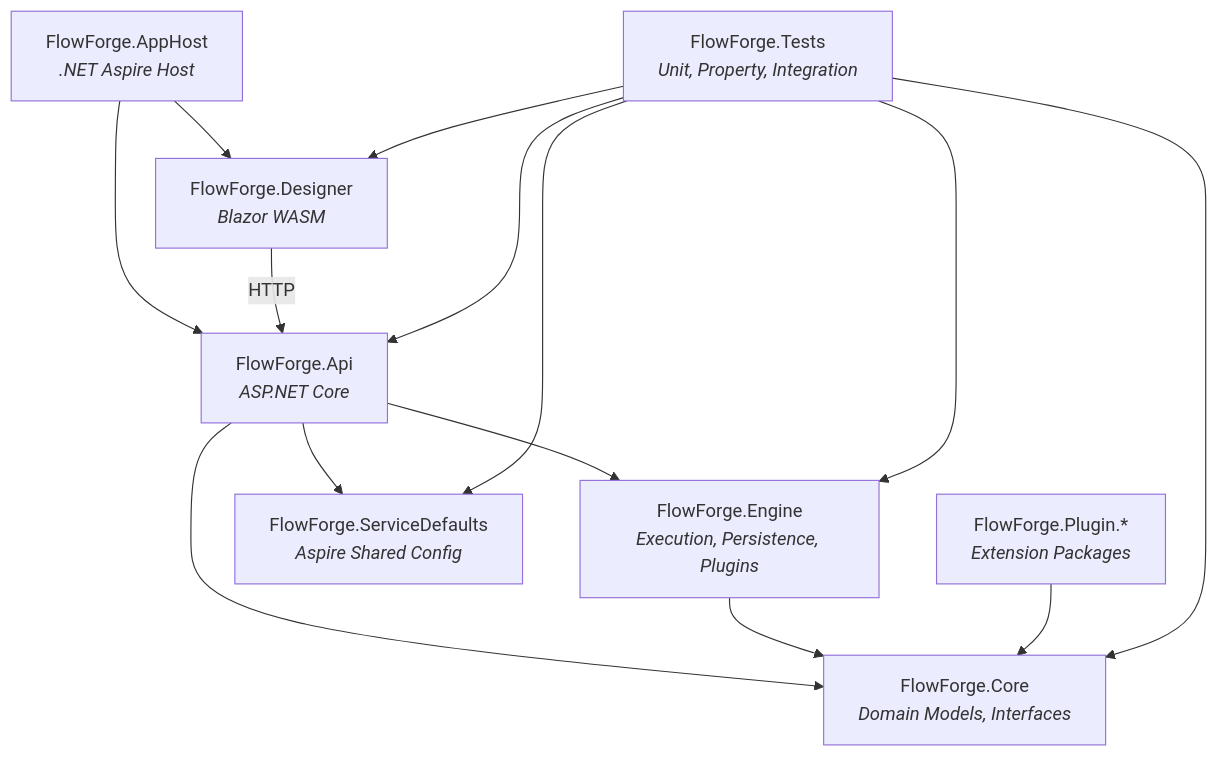
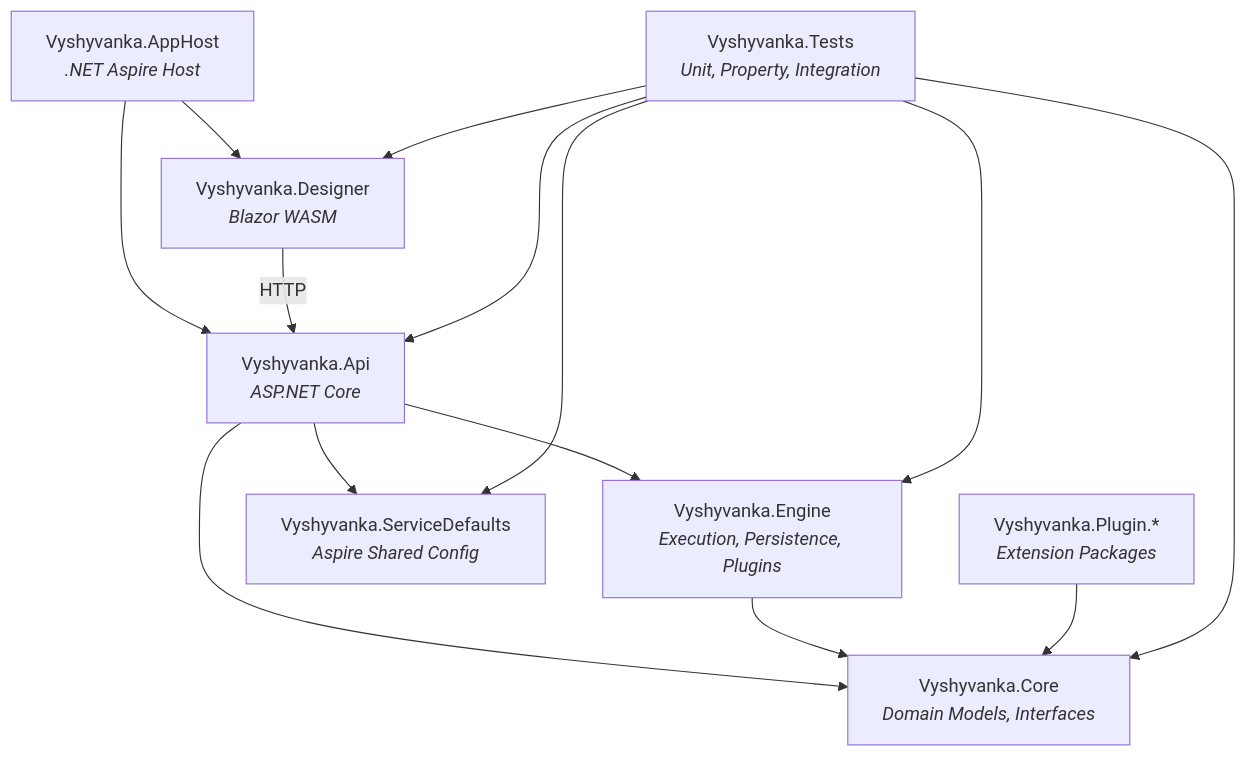
Before and after one commit to homolibere/Vyshyvanka: the first of 3 diagrams in docs/02-architecture.md, drawn with Mermaid. The commit also changed 825 other files, not shown here.

Commit message:
chore: rebrand FlowForge to Vyshyvanka across codebase

````diff
--- a/docs/02-architecture.md
+++ b/docs/02-architecture.md
@@ -21,25 +21,25 @@
 ```mermaid
 graph TD
-    AppHost["FlowForge.AppHost<br/><i>.NET Aspire Host</i>"]
-    Designer["FlowForge.Designer<br/><i>Blazor WASM</i>"]
-    Api["FlowForge.Api<br/><i>ASP.NET Core</i>"]
-    Engine["FlowForge.Engine<br/><i>Execution, Persistence, Plugins</i>"]
-    Core["FlowForge.Core<br/><i>Domain Models, Interfaces</i>"]
-    ServiceDefaults["FlowForge.ServiceDefaults<br/><i>Aspire Shared Config</i>"]
-    Plugin["FlowForge.Plugin.*<br/><i>Extension Packages</i>"]
-    Tests["FlowForge.Tests<br/><i>Unit, Property, Integration</i>"]
+    AppHost["Vyshyvanka.AppHost<br/><i>.NET Aspire Host</i>"]
+    Designer["Vyshyvanka.Designer<br/><i>Blazor WASM</i>"]
+    Api["Vyshyvanka.Api<br/><i>ASP.NET Core</i>"]
+    Engine["Vyshyvanka.Engine<br/><i>Execution, Persistence, Plugins</i>"]
+    Core["Vyshyvanka.Core<br/><i>Domain Models, Interfaces</i>"]
+    ServiceDefaults["Vyshyvanka.ServiceDefaults<br/><i>Aspire Shared Config</i>"]
+    Plugin["Vyshyvanka.Plugin.*<br/><i>Extension Packages</i>"]
+    Tests["Vyshyvanka.Tests<br/><i>Unit, Property, Integration</i>"]
 
     AppHost --> Api
     AppHost --> Designer
     Designer -->|HTTP| Api
     Api --> Engine
     Api --> Core
     Api --> ServiceDefaults
     Engine --> Core
     Plugin --> Core
     Tests --> Api
     Tests --> Engine
     Tests --> Core
     Tests --> Designer
     Tests --> ServiceDefaults
 ```
````
